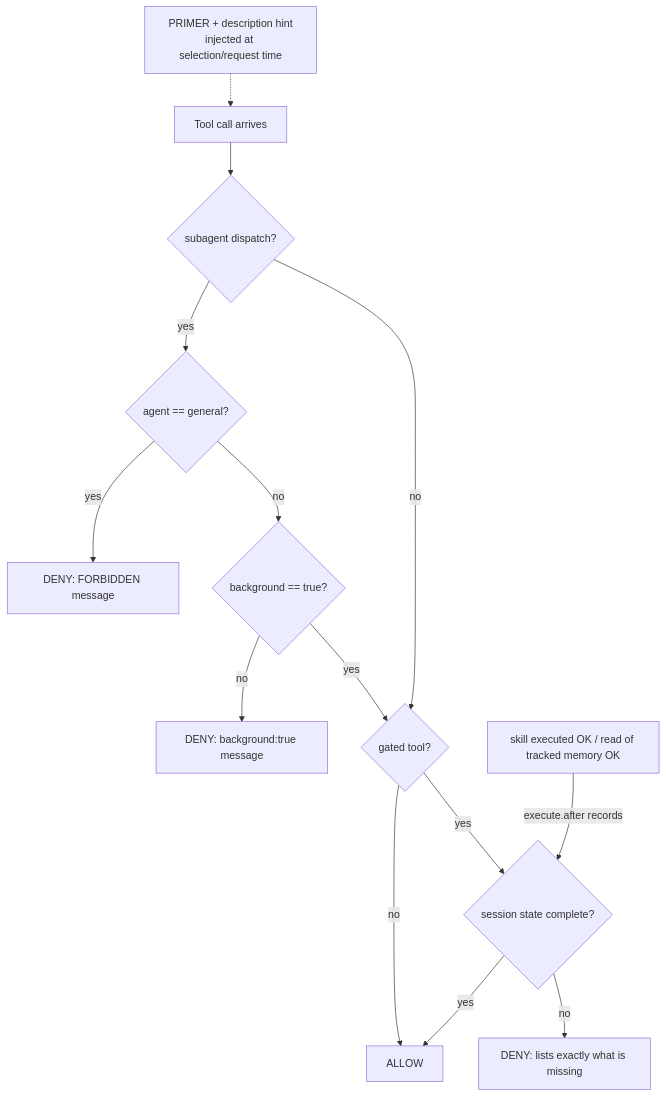
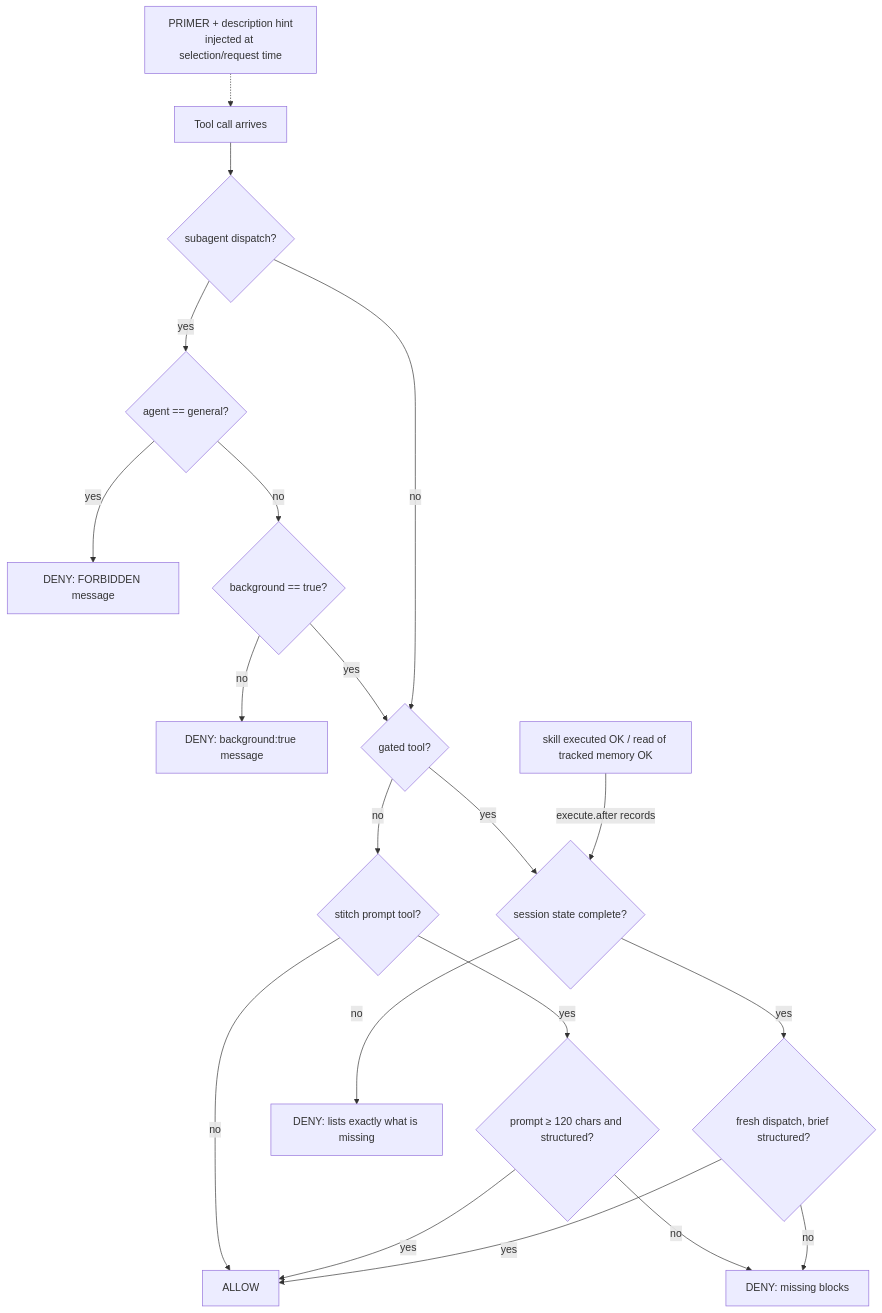
The diagram in README.md (4q4r/opencode-mandator), drawn with Mermaid before and after one commit. The commit also changed other lines of this file and 3 other files, not shown here.

````diff
--- a/README.md
+++ b/README.md
@@ -44,16 +45,22 @@
 ```mermaid
 flowchart TD
     A[Tool call arrives] --> B{subagent dispatch?}
     B -- yes --> C{agent == general?}
     C -- yes --> D1[DENY: FORBIDDEN message]
     C -- no --> E{background == true?}
     E -- no --> D2[DENY: background:true message]
     E -- yes --> F
     B -- no --> F{gated tool?}
-    F -- no --> G[ALLOW]
+    F -- no --> S2{stitch prompt tool?}
+    S2 -- no --> G[ALLOW]
+    S2 -- yes --> S3{prompt ≥ 120 chars and structured?}
+    S3 -- no --> D4[DENY: missing blocks]
+    S3 -- yes --> G
     F -- yes --> H{session state complete?}
     H -- no --> D3[DENY: lists exactly what is missing]
-    H -- yes --> G
+    H -- yes --> S1{fresh dispatch, brief structured?}
+    S1 -- no --> D4
+    S1 -- yes --> G
     K[skill executed OK / read of tracked memory OK] -->|execute.after records| H
     P[PRIMER + description hint<br/>injected at selection/request time] -.-> A
 ```
````
